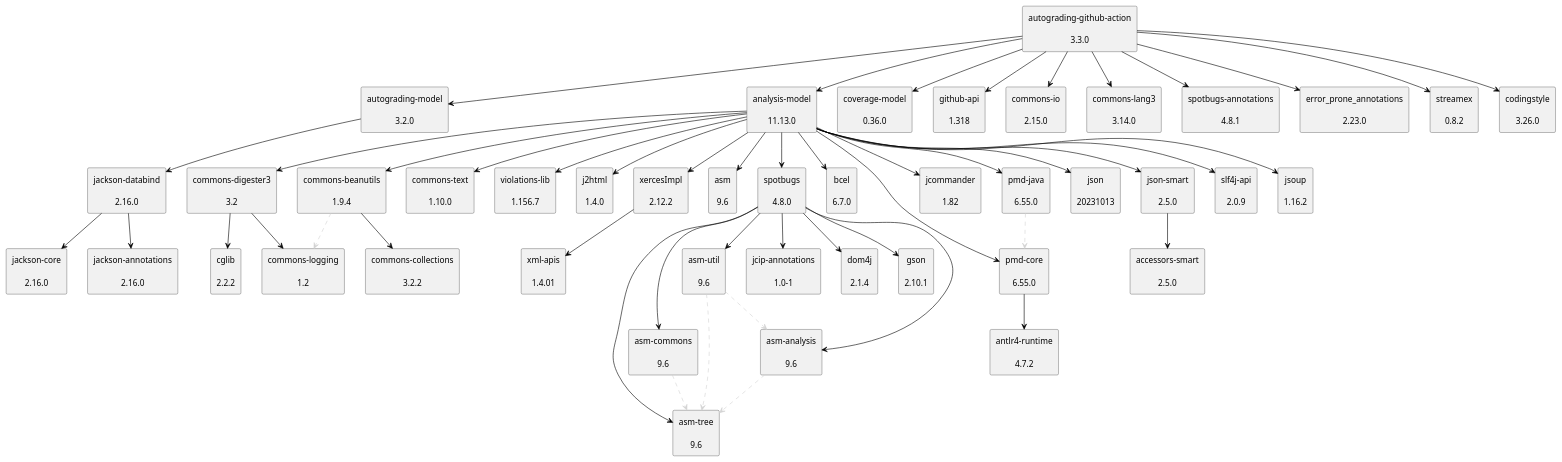
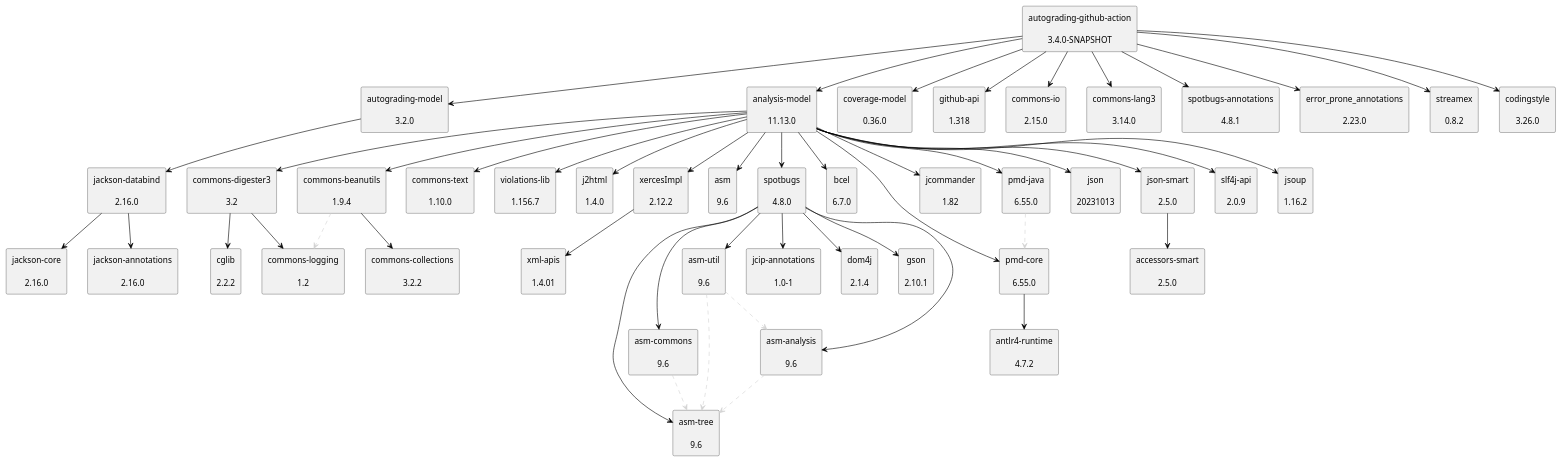
Before and after one commit to uhafner/autograding-github-action: the diagram in doc/dependency-graph.puml, drawn with PlantUML. The commit also changed 7 other files, not shown here.

```diff
--- a/doc/dependency-graph.puml
+++ b/doc/dependency-graph.puml
@@ -1,100 +1,100 @@
 @startuml
 skinparam defaultTextAlignment center
 skinparam rectangle {
   BackgroundColor<<optional>> beige
   BackgroundColor<<test>> lightGreen
   BackgroundColor<<runtime>> lightBlue
   BackgroundColor<<provided>> lightGray
 }
 rectangle "jackson-databind\n\n2.16.0" as com_fasterxml_jackson_core_jackson_databind_jar
 rectangle "jackson-annotations\n\n2.16.0" as com_fasterxml_jackson_core_jackson_annotations_jar
 rectangle "jackson-core\n\n2.16.0" as com_fasterxml_jackson_core_jackson_core_jar
 rectangle "autograding-model\n\n3.2.0" as edu_hm_hafner_autograding_model_jar
-rectangle "autograding-github-action\n\n3.3.0" as edu_hm_hafner_autograding_github_action_jar
+rectangle "autograding-github-action\n\n3.4.0-SNAPSHOT" as edu_hm_hafner_autograding_github_action_jar
 rectangle "analysis-model\n\n11.13.0" as edu_hm_hafner_analysis_model_jar
 rectangle "jsoup\n\n1.16.2" as org_jsoup_jsoup_jar
 rectangle "commons-digester3\n\n3.2" as org_apache_commons_commons_digester3_jar
 rectangle "cglib\n\n2.2.2" as cglib_cglib_jar
 rectangle "commons-logging\n\n1.2" as commons_logging_commons_logging_jar
 rectangle "commons-beanutils\n\n1.9.4" as commons_beanutils_commons_beanutils_jar
 rectangle "commons-collections\n\n3.2.2" as commons_collections_commons_collections_jar
 rectangle "commons-text\n\n1.10.0" as org_apache_commons_commons_text_jar
 rectangle "violations-lib\n\n1.156.7" as se_bjurr_violations_violations_lib_jar
 rectangle "j2html\n\n1.4.0" as com_j2html_j2html_jar
 rectangle "xercesImpl\n\n2.12.2" as xerces_xercesImpl_jar
 rectangle "xml-apis\n\n1.4.01" as xml_apis_xml_apis_jar
 rectangle "asm\n\n9.6" as org_ow2_asm_asm_jar
 rectangle "asm-analysis\n\n9.6" as org_ow2_asm_asm_analysis_jar
 rectangle "asm-tree\n\n9.6" as org_ow2_asm_asm_tree_jar
 rectangle "spotbugs\n\n4.8.0" as com_github_spotbugs_spotbugs_jar
 rectangle "asm-commons\n\n9.6" as org_ow2_asm_asm_commons_jar
 rectangle "asm-util\n\n9.6" as org_ow2_asm_asm_util_jar
 rectangle "jcip-annotations\n\n1.0-1" as com_github_stephenc_jcip_jcip_annotations_jar
 rectangle "dom4j\n\n2.1.4" as org_dom4j_dom4j_jar
 rectangle "gson\n\n2.10.1" as com_google_code_gson_gson_jar
 rectangle "bcel\n\n6.7.0" as org_apache_bcel_bcel_jar
 rectangle "pmd-core\n\n6.55.0" as net_sourceforge_pmd_pmd_core_jar
 rectangle "antlr4-runtime\n\n4.7.2" as org_antlr_antlr4_runtime_jar
 rectangle "jcommander\n\n1.82" as com_beust_jcommander_jar
 rectangle "pmd-java\n\n6.55.0" as net_sourceforge_pmd_pmd_java_jar
 rectangle "json\n\n20231013" as org_json_json_jar
 rectangle "json-smart\n\n2.5.0" as net_minidev_json_smart_jar
 rectangle "accessors-smart\n\n2.5.0" as net_minidev_accessors_smart_jar
 rectangle "slf4j-api\n\n2.0.9" as org_slf4j_slf4j_api_jar
 rectangle "coverage-model\n\n0.36.0" as edu_hm_hafner_coverage_model_jar
 rectangle "github-api\n\n1.318" as org_kohsuke_github_api_jar
 rectangle "commons-io\n\n2.15.0" as commons_io_commons_io_jar
 rectangle "commons-lang3\n\n3.14.0" as org_apache_commons_commons_lang3_jar
 rectangle "spotbugs-annotations\n\n4.8.1" as com_github_spotbugs_spotbugs_annotations_jar
 rectangle "error_prone_annotations\n\n2.23.0" as com_google_errorprone_error_prone_annotations_jar
 rectangle "streamex\n\n0.8.2" as one_util_streamex_jar
 rectangle "codingstyle\n\n3.26.0" as edu_hm_hafner_codingstyle_jar
 com_fasterxml_jackson_core_jackson_databind_jar -[#000000]-> com_fasterxml_jackson_core_jackson_annotations_jar
 com_fasterxml_jackson_core_jackson_databind_jar -[#000000]-> com_fasterxml_jackson_core_jackson_core_jar
 edu_hm_hafner_autograding_model_jar -[#000000]-> com_fasterxml_jackson_core_jackson_databind_jar
 edu_hm_hafner_autograding_github_action_jar -[#000000]-> edu_hm_hafner_autograding_model_jar
 edu_hm_hafner_analysis_model_jar -[#000000]-> org_jsoup_jsoup_jar
 org_apache_commons_commons_digester3_jar -[#000000]-> cglib_cglib_jar
 org_apache_commons_commons_digester3_jar -[#000000]-> commons_logging_commons_logging_jar
 edu_hm_hafner_analysis_model_jar -[#000000]-> org_apache_commons_commons_digester3_jar
 commons_beanutils_commons_beanutils_jar .[#D3D3D3].> commons_logging_commons_logging_jar
 commons_beanutils_commons_beanutils_jar -[#000000]-> commons_collections_commons_collections_jar
 edu_hm_hafner_analysis_model_jar -[#000000]-> commons_beanutils_commons_beanutils_jar
 edu_hm_hafner_analysis_model_jar -[#000000]-> org_apache_commons_commons_text_jar
 edu_hm_hafner_analysis_model_jar -[#000000]-> se_bjurr_violations_violations_lib_jar
 edu_hm_hafner_analysis_model_jar -[#000000]-> com_j2html_j2html_jar
 xerces_xercesImpl_jar -[#000000]-> xml_apis_xml_apis_jar
 edu_hm_hafner_analysis_model_jar -[#000000]-> xerces_xercesImpl_jar
 edu_hm_hafner_analysis_model_jar -[#000000]-> org_ow2_asm_asm_jar
 org_ow2_asm_asm_analysis_jar .[#D3D3D3].> org_ow2_asm_asm_tree_jar
 com_github_spotbugs_spotbugs_jar -[#000000]-> org_ow2_asm_asm_analysis_jar
 org_ow2_asm_asm_commons_jar .[#D3D3D3].> org_ow2_asm_asm_tree_jar
 com_github_spotbugs_spotbugs_jar -[#000000]-> org_ow2_asm_asm_commons_jar
 com_github_spotbugs_spotbugs_jar -[#000000]-> org_ow2_asm_asm_tree_jar
 org_ow2_asm_asm_util_jar .[#D3D3D3].> org_ow2_asm_asm_tree_jar
 org_ow2_asm_asm_util_jar .[#D3D3D3].> org_ow2_asm_asm_analysis_jar
 com_github_spotbugs_spotbugs_jar -[#000000]-> org_ow2_asm_asm_util_jar
 com_github_spotbugs_spotbugs_jar -[#000000]-> com_github_stephenc_jcip_jcip_annotations_jar
 com_github_spotbugs_spotbugs_jar -[#000000]-> org_dom4j_dom4j_jar
 com_github_spotbugs_spotbugs_jar -[#000000]-> com_google_code_gson_gson_jar
 edu_hm_hafner_analysis_model_jar -[#000000]-> com_github_spotbugs_spotbugs_jar
 edu_hm_hafner_analysis_model_jar -[#000000]-> org_apache_bcel_bcel_jar
 net_sourceforge_pmd_pmd_core_jar -[#000000]-> org_antlr_antlr4_runtime_jar
 edu_hm_hafner_analysis_model_jar -[#000000]-> net_sourceforge_pmd_pmd_core_jar
 edu_hm_hafner_analysis_model_jar -[#000000]-> com_beust_jcommander_jar
 net_sourceforge_pmd_pmd_java_jar .[#D3D3D3].> net_sourceforge_pmd_pmd_core_jar
 edu_hm_hafner_analysis_model_jar -[#000000]-> net_sourceforge_pmd_pmd_java_jar
 edu_hm_hafner_analysis_model_jar -[#000000]-> org_json_json_jar
 net_minidev_json_smart_jar -[#000000]-> net_minidev_accessors_smart_jar
 edu_hm_hafner_analysis_model_jar -[#000000]-> net_minidev_json_smart_jar
 edu_hm_hafner_analysis_model_jar -[#000000]-> org_slf4j_slf4j_api_jar
 edu_hm_hafner_autograding_github_action_jar -[#000000]-> edu_hm_hafner_analysis_model_jar
 edu_hm_hafner_autograding_github_action_jar -[#000000]-> edu_hm_hafner_coverage_model_jar
 edu_hm_hafner_autograding_github_action_jar -[#000000]-> org_kohsuke_github_api_jar
 edu_hm_hafner_autograding_github_action_jar -[#000000]-> commons_io_commons_io_jar
 edu_hm_hafner_autograding_github_action_jar -[#000000]-> org_apache_commons_commons_lang3_jar
 edu_hm_hafner_autograding_github_action_jar -[#000000]-> com_github_spotbugs_spotbugs_annotations_jar
 edu_hm_hafner_autograding_github_action_jar -[#000000]-> com_google_errorprone_error_prone_annotations_jar
 edu_hm_hafner_autograding_github_action_jar -[#000000]-> one_util_streamex_jar
 edu_hm_hafner_autograding_github_action_jar -[#000000]-> edu_hm_hafner_codingstyle_jar
 @enduml
```
